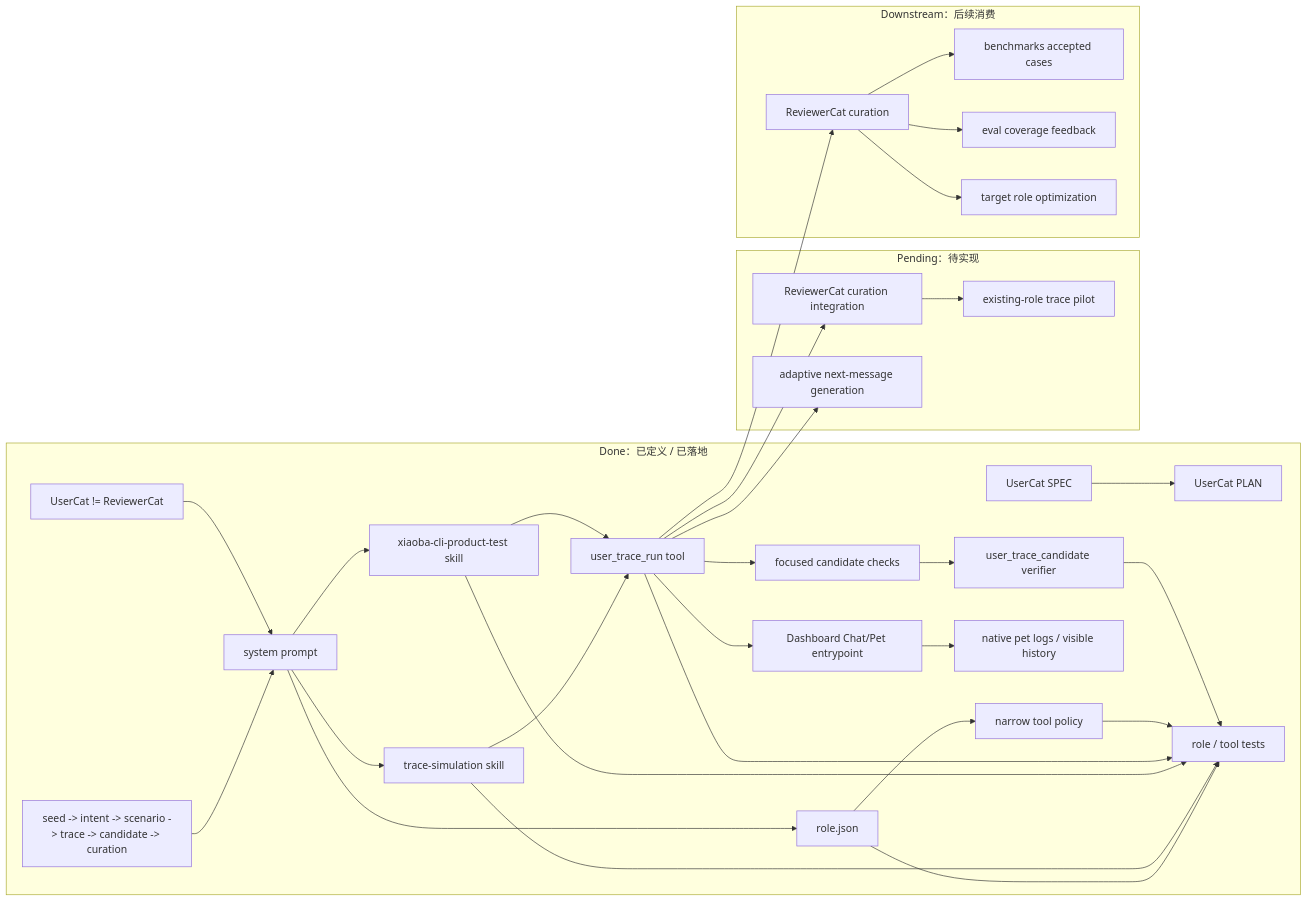
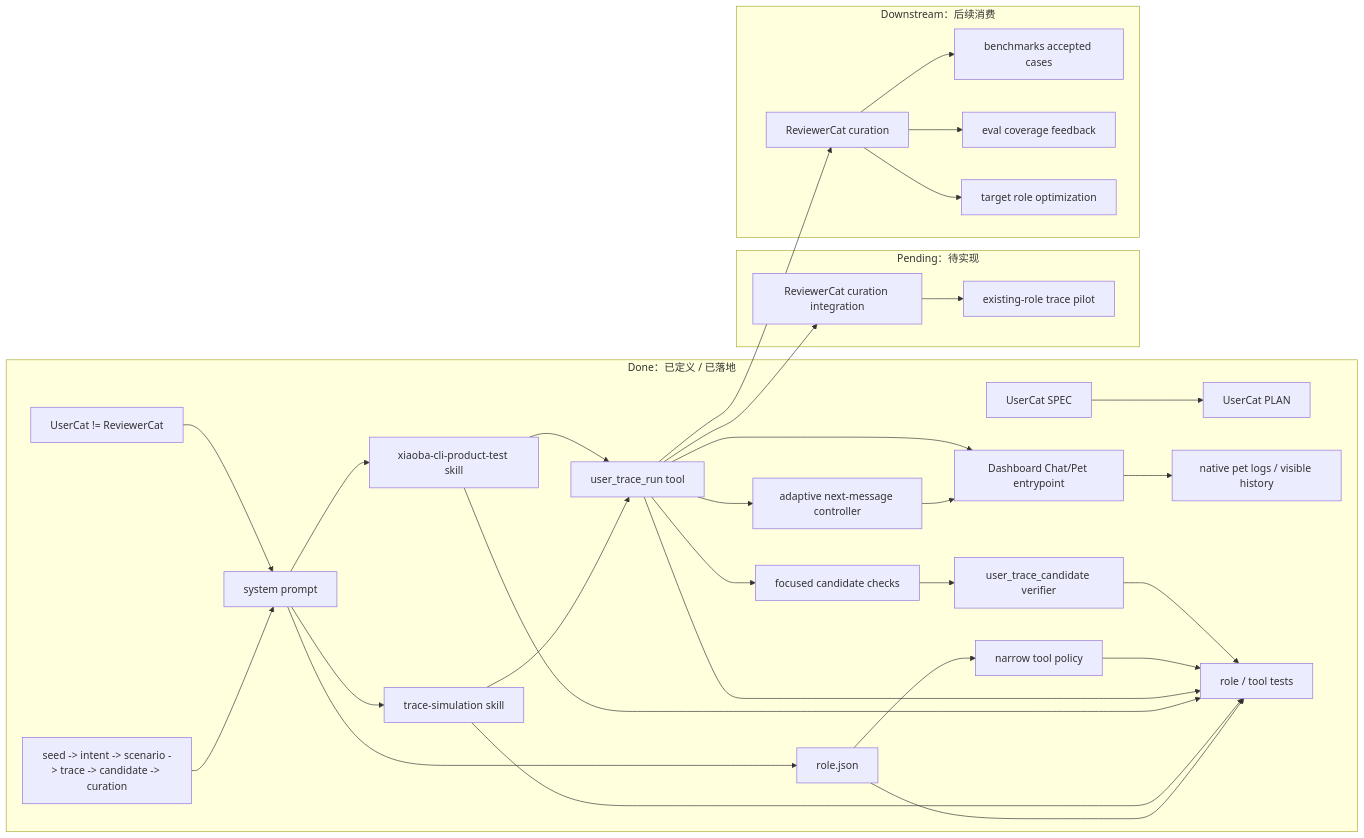
The diagram in roles/user-cat/PLAN.md (fightheyyy/XiaoBa-CLI), drawn with Mermaid before and after one commit. The commit also changed other lines of this file and 65 other files, not shown here.

````diff
--- a/roles/user-cat/PLAN.md
+++ b/roles/user-cat/PLAN.md
@@ -13,60 +13,61 @@
 ```mermaid
 flowchart LR
     subgraph Done["Done：已定义 / 已落地"]
         Spec["UserCat SPEC"]
         Plan["UserCat PLAN"]
         DataFlow["seed -> intent -> scenario -> trace -> candidate -> curation"]
         Boundary["UserCat != ReviewerCat"]
         RoleJson["role.json"]
         Prompt["system prompt"]
         Skill["trace-simulation skill"]
         ProductSkill["xiaoba-cli-product-test skill"]
         Tool["user_trace_run tool"]
+        Adaptive["adaptive next-message controller"]
         ChatSurface["Dashboard Chat/Pet entrypoint"]
         ToolPolicy["narrow tool policy"]
         NativeEvidence["native pet logs / visible history"]
         CandidateChecks["focused candidate checks"]
         Verifier["user_trace_candidate verifier"]
         Tests["role / tool tests"]
     end
 
     subgraph Pending["Pending：待实现"]
         Curation["ReviewerCat curation integration"]
         Pilot["existing-role trace pilot"]
-        Adaptive["adaptive next-message generation"]
     end
 
     subgraph Downstream["Downstream：后续消费"]
         Reviewer["ReviewerCat curation"]
         Benchmarks["benchmarks accepted cases"]
         Eval["eval coverage feedback"]
         Roles["target role optimization"]
     end
 
     Spec --> Plan
     DataFlow --> Prompt
     Boundary --> Prompt
     Prompt --> RoleJson
     Prompt --> Skill
     Prompt --> ProductSkill
     Skill --> Tool
     ProductSkill --> Tool
+    Tool --> Adaptive
+    Adaptive --> ChatSurface
     Tool --> ChatSurface
     ChatSurface --> NativeEvidence
     RoleJson --> ToolPolicy
     Tool --> CandidateChecks
     CandidateChecks --> Verifier
     RoleJson --> Tests
     Skill --> Tests
     ProductSkill --> Tests
     Tool --> Tests
     ToolPolicy --> Tests
     Verifier --> Tests
     Tool --> Curation
     Curation --> Pilot
     Tool --> Reviewer
-    Tool --> Adaptive
     Reviewer --> Benchmarks
     Reviewer --> Eval
     Reviewer --> Roles
 ```
````
